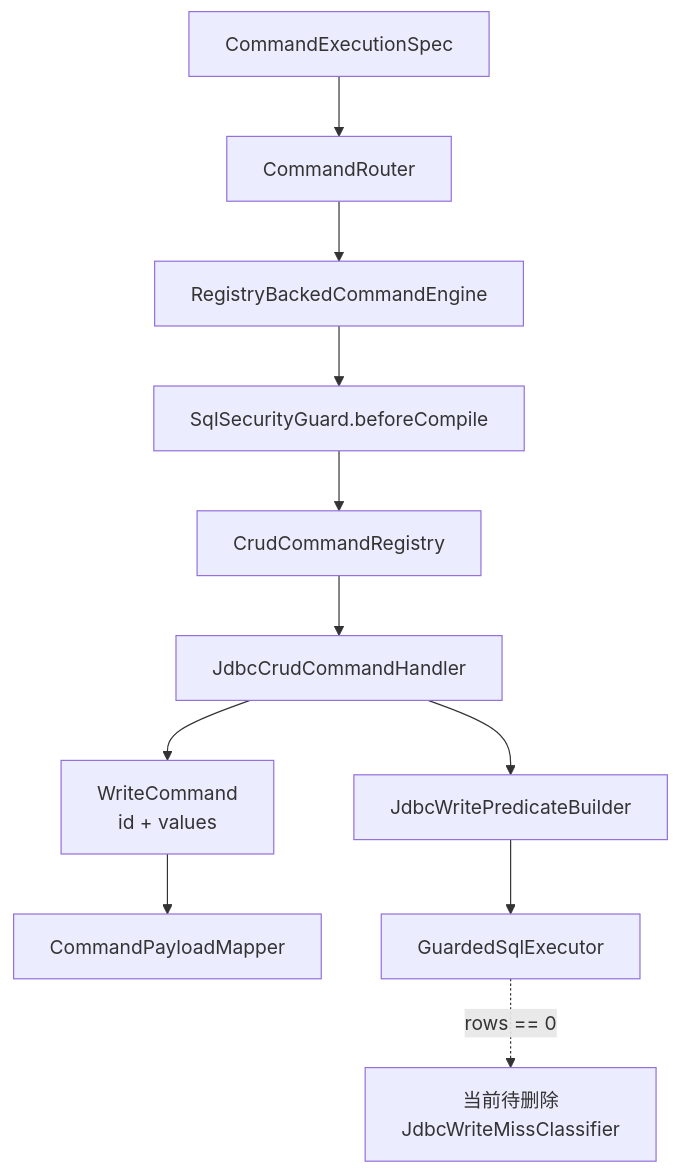
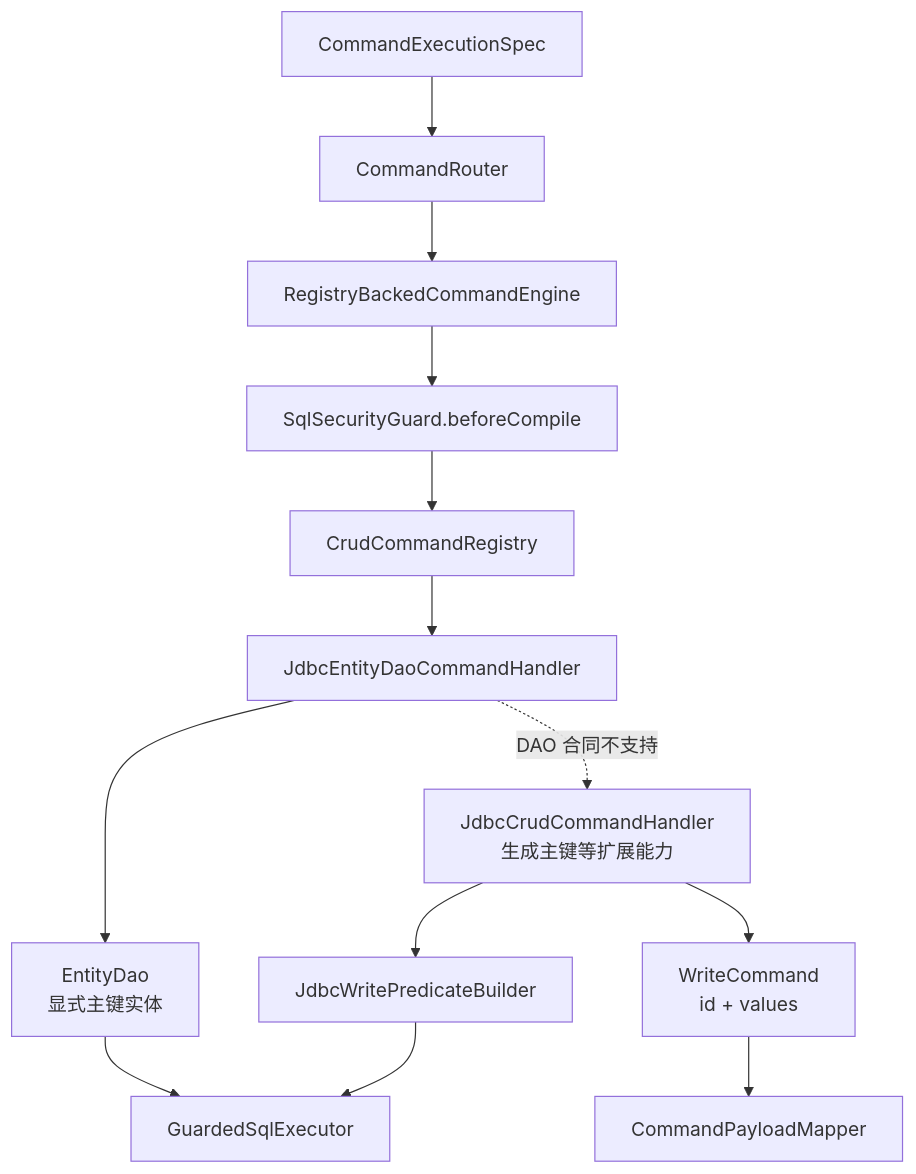
The third of 4 diagrams in docs/architecture/components/crud/默认引擎.md (ent-loom/ent-loom), drawn with Mermaid before and after one commit. The commit also changed other lines of this file and 10 other files, not shown here.

````diff
--- a/docs/architecture/components/crud/默认引擎.md
+++ b/docs/architecture/components/crud/默认引擎.md
@@ -56,19 +56,21 @@
 ```mermaid
 flowchart TB
     spec["CommandExecutionSpec"]
     router["CommandRouter"]
     engine["RegistryBackedCommandEngine"]
     guard["SqlSecurityGuard.beforeCompile"]
     registry["CrudCommandRegistry"]
-    handler["JdbcCrudCommandHandler"]
+    handler["JdbcEntityDaoCommandHandler"]
+    dao["EntityDao<br/>显式主键实体"]
+    fallback["JdbcCrudCommandHandler<br/>生成主键等扩展能力"]
     writeCommand["WriteCommand<br/>id + values"]
     mapper["CommandPayloadMapper"]
     predicate["JdbcWritePredicateBuilder"]
     sql["GuardedSqlExecutor"]
-    miss["当前待删除<br/>JdbcWriteMissClassifier"]
 
     spec --> router --> engine --> guard --> registry --> handler
-    handler --> writeCommand --> mapper
-    handler --> predicate --> sql
-    sql -. "rows == 0" .-> miss
+    handler --> dao --> sql
+    handler -. "DAO 合同不支持" .-> fallback
+    fallback --> writeCommand --> mapper
+    fallback --> predicate --> sql
 ```
````
